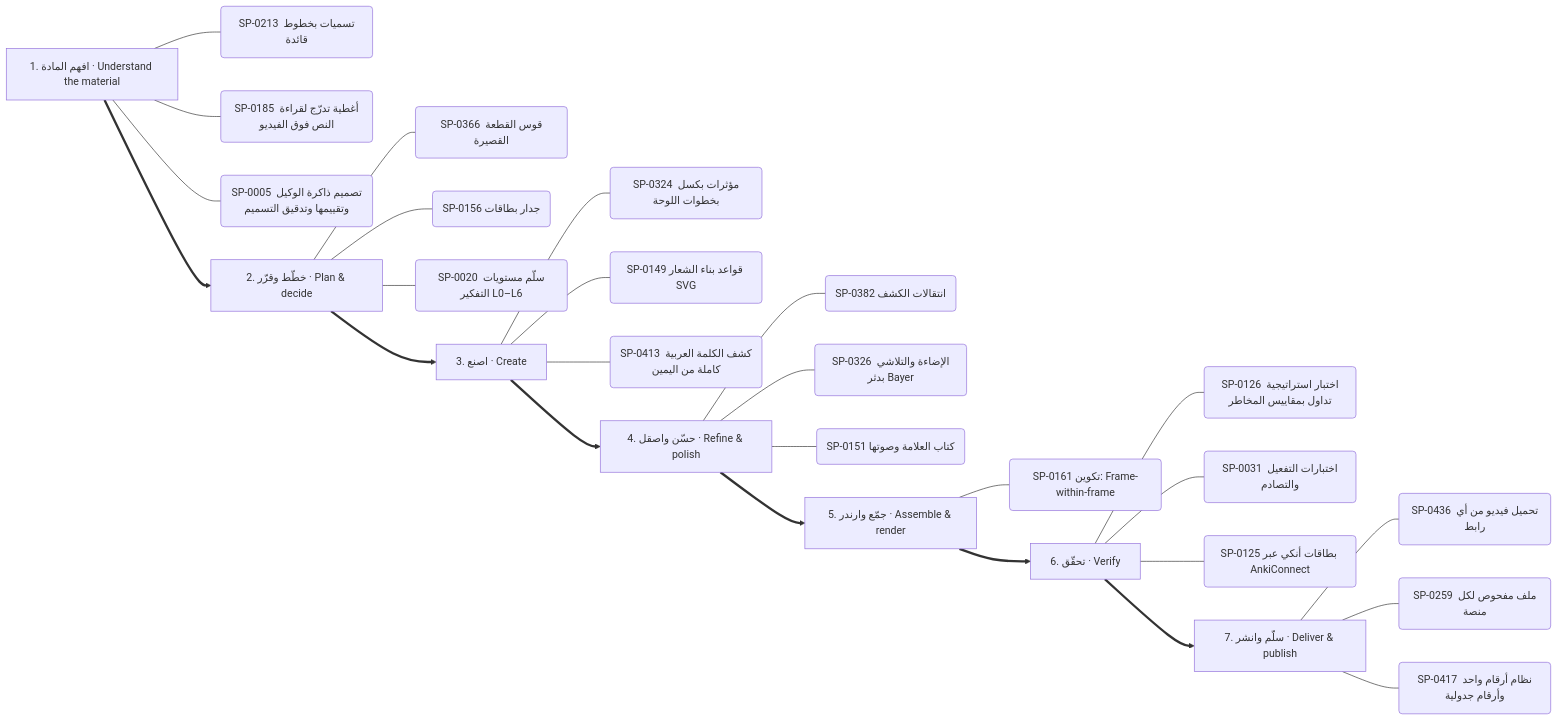
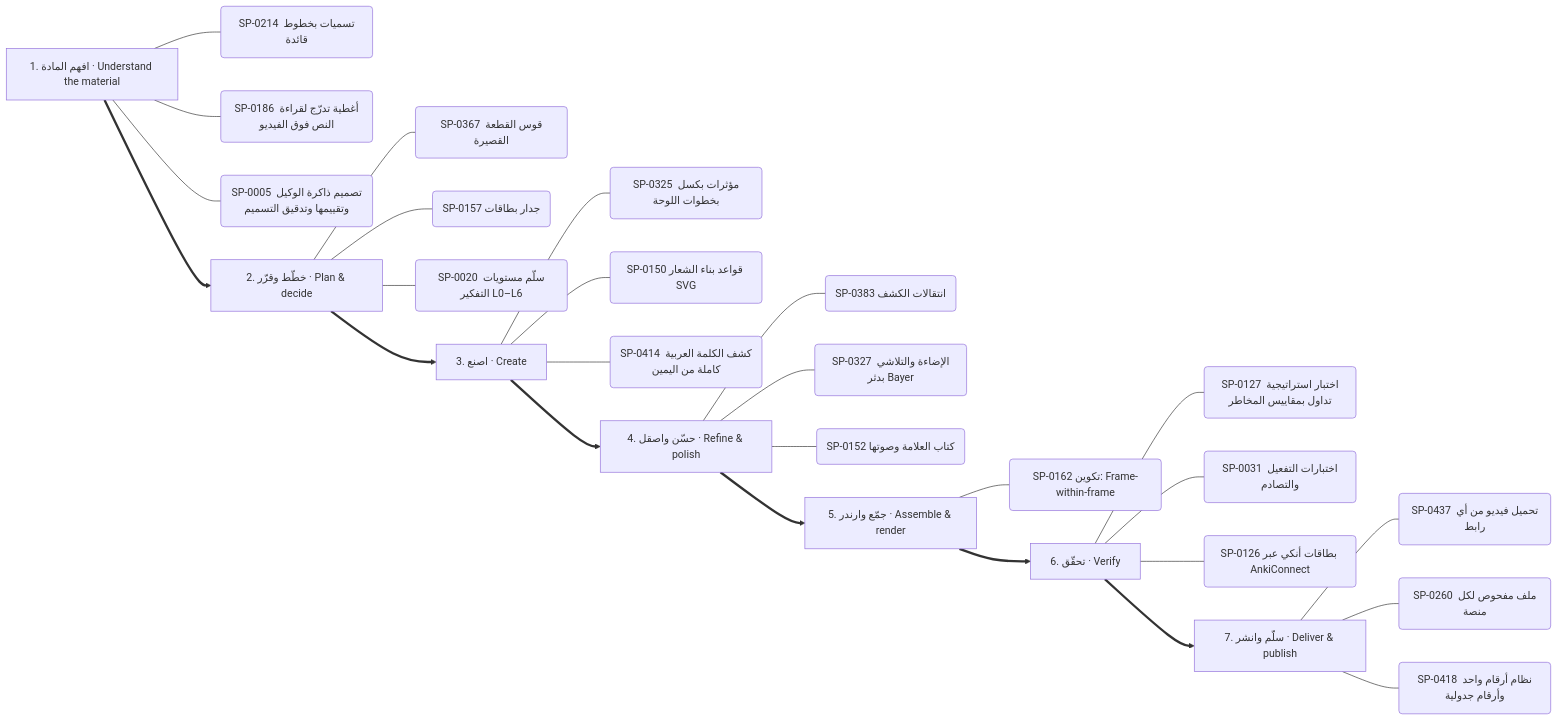
Before and after one commit to kosif199022-jpg/kosif-tool: the sixth of 13 diagrams in .claude/skills/kosif-superpowers/references/capability-mindmap.md, drawn with Mermaid. The commit also changed other lines of this file and 36 other files, not shown here.

````diff
--- a/.claude/skills/kosif-superpowers/references/capability-mindmap.md
+++ b/.claude/skills/kosif-superpowers/references/capability-mindmap.md
@@ -311,35 +313,35 @@
 ```mermaid
 flowchart LR
   S0["1. افهم المادة · Understand the material"]
-  S0 --- S0_0("SP-0213 تسميات بخطوط قائدة")
-  S0 --- S0_1("SP-0185 أغطية تدرّج لقراءة النص فوق الفيديو")
+  S0 --- S0_0("SP-0214 تسميات بخطوط قائدة")
+  S0 --- S0_1("SP-0186 أغطية تدرّج لقراءة النص فوق الفيديو")
   S0 --- S0_2("SP-0005 تصميم ذاكرة الوكيل وتقييمها وتدقيق التسميم")
   S1["2. خطّط وقرّر · Plan & decide"]
-  S1 --- S1_0("SP-0366 قوس القطعة القصيرة")
-  S1 --- S1_1("SP-0156 جدار بطاقات")
+  S1 --- S1_0("SP-0367 قوس القطعة القصيرة")
+  S1 --- S1_1("SP-0157 جدار بطاقات")
   S1 --- S1_2("SP-0020 سلّم مستويات التفكير L0–L6")
   S0 ==> S1
   S2["3. اصنع · Create"]
-  S2 --- S2_0("SP-0324 مؤثرات بكسل بخطوات اللوحة")
-  S2 --- S2_1("SP-0149 قواعد بناء الشعار SVG")
-  S2 --- S2_2("SP-0413 كشف الكلمة العربية كاملة من اليمين")
+  S2 --- S2_0("SP-0325 مؤثرات بكسل بخطوات اللوحة")
+  S2 --- S2_1("SP-0150 قواعد بناء الشعار SVG")
+  S2 --- S2_2("SP-0414 كشف الكلمة العربية كاملة من اليمين")
   S1 ==> S2
   S3["4. حسّن واصقل · Refine & polish"]
-  S3 --- S3_0("SP-0382 انتقالات الكشف")
-  S3 --- S3_1("SP-0326 الإضاءة والتلاشي بدثر Bayer")
-  S3 --- S3_2("SP-0151 كتاب العلامة وصوتها")
+  S3 --- S3_0("SP-0383 انتقالات الكشف")
+  S3 --- S3_1("SP-0327 الإضاءة والتلاشي بدثر Bayer")
+  S3 --- S3_2("SP-0152 كتاب العلامة وصوتها")
   S2 ==> S3
   S4["5. جمّع وارندر · Assemble & render"]
-  S4 --- S4_0("SP-0161 تكوين: Frame-within-frame")
+  S4 --- S4_0("SP-0162 تكوين: Frame-within-frame")
   S3 ==> S4
   S5["6. تحقّق · Verify"]
-  S5 --- S5_0("SP-0126 اختبار استراتيجية تداول بمقاييس المخاطر")
+  S5 --- S5_0("SP-0127 اختبار استراتيجية تداول بمقاييس المخاطر")
   S5 --- S5_1("SP-0031 اختبارات التفعيل والتصادم")
-  S5 --- S5_2("SP-0125 بطاقات أنكي عبر AnkiConnect")
+  S5 --- S5_2("SP-0126 بطاقات أنكي عبر AnkiConnect")
   S4 ==> S5
   S6["7. سلّم وانشر · Deliver & publish"]
-  S6 --- S6_0("SP-0436 تحميل فيديو من أي رابط")
-  S6 --- S6_1("SP-0259 ملف مفحوص لكل منصة")
-  S6 --- S6_2("SP-0417 نظام أرقام واحد وأرقام جدولية")
+  S6 --- S6_0("SP-0437 تحميل فيديو من أي رابط")
+  S6 --- S6_1("SP-0260 ملف مفحوص لكل منصة")
+  S6 --- S6_2("SP-0418 نظام أرقام واحد وأرقام جدولية")
   S5 ==> S6
 ```
````
